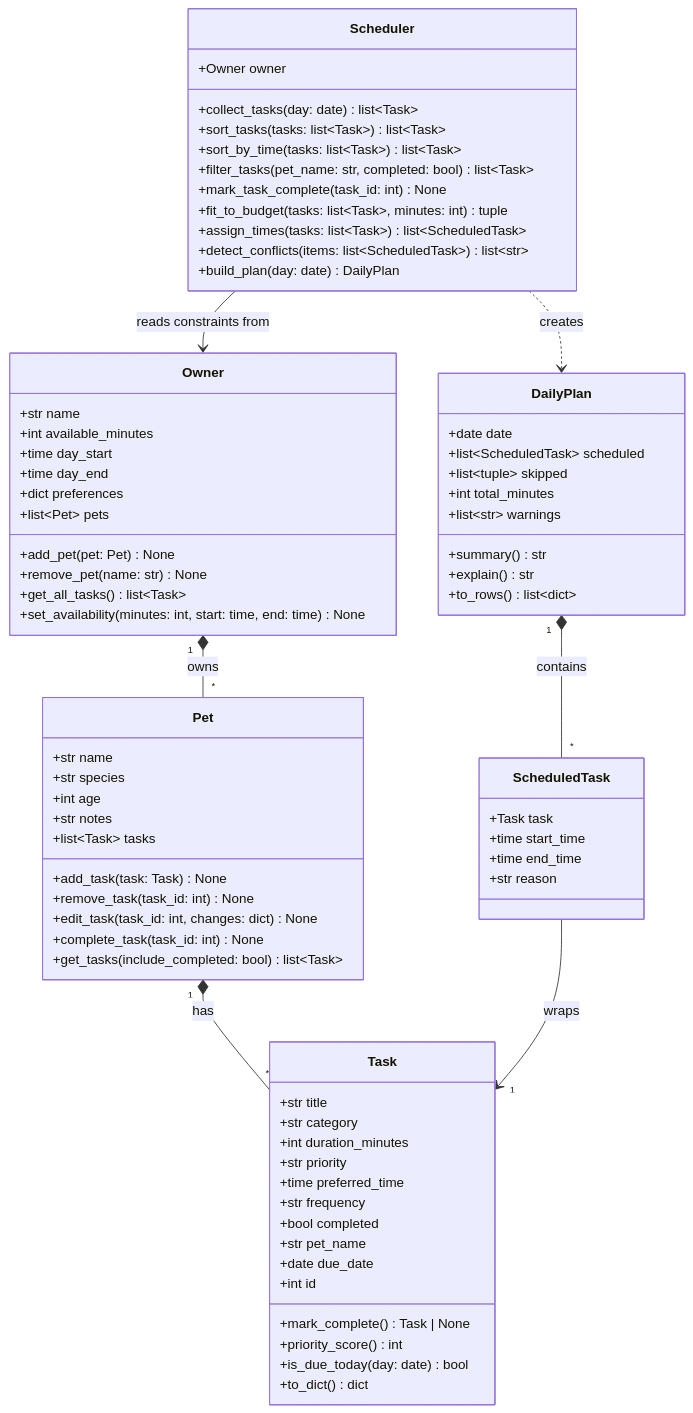
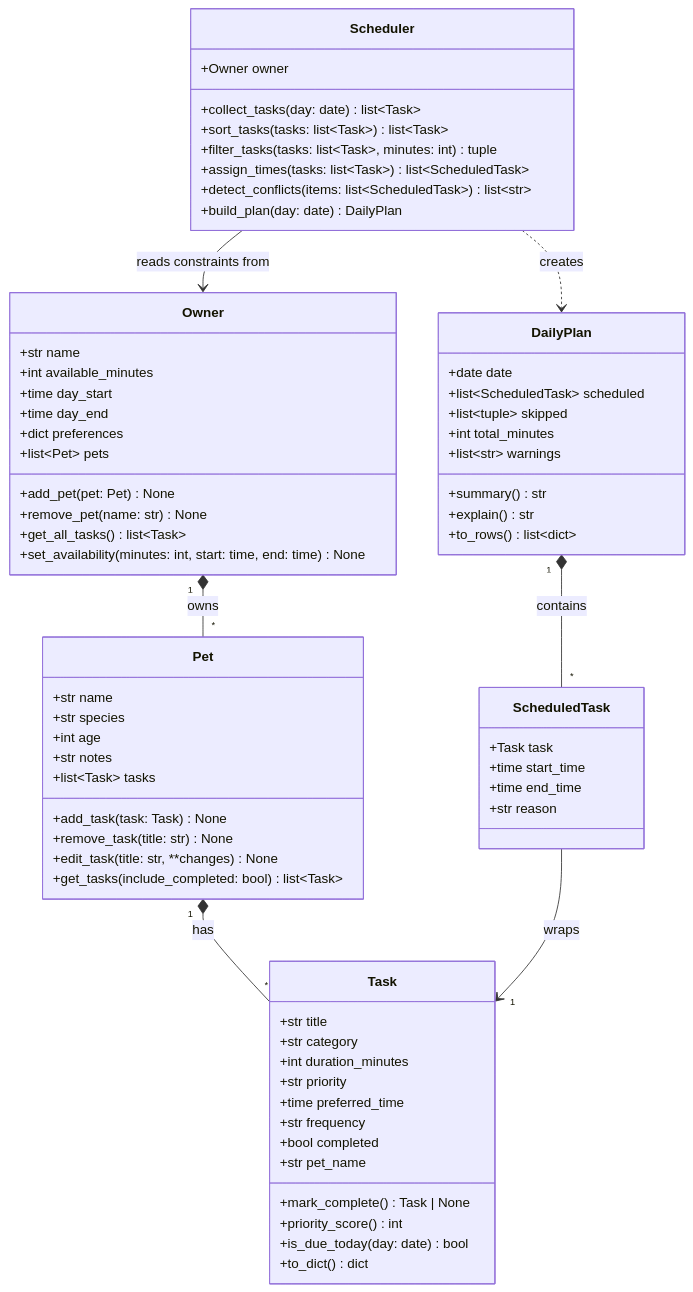
Before and after one commit to alexreifel/ai110-module2show-pawpal-starter: the diagram in diagrams/uml.mmd, drawn with Mermaid. The commit also changed 4 other files, not shown here.

```diff
--- a/diagrams/uml.mmd
+++ b/diagrams/uml.mmd
@@ -1,83 +1,77 @@
 classDiagram
     %% Keep this file updated so it matches your final implementation.
 
     class Owner {
         +str name
         +int available_minutes
         +time day_start
         +time day_end
         +dict preferences
         +list~Pet~ pets
         +add_pet(pet: Pet) None
         +remove_pet(name: str) None
         +get_all_tasks() list~Task~
         +set_availability(minutes: int, start: time, end: time) None
     }
 
     class Pet {
         +str name
         +str species
         +int age
         +str notes
         +list~Task~ tasks
         +add_task(task: Task) None
-        +remove_task(task_id: int) None
-        +edit_task(task_id: int, changes: dict) None
-        +complete_task(task_id: int) None
+        +remove_task(title: str) None
+        +edit_task(title: str, **changes) None
         +get_tasks(include_completed: bool) list~Task~
     }
 
     class Task {
         +str title
         +str category
         +int duration_minutes
         +str priority
         +time preferred_time
         +str frequency
         +bool completed
         +str pet_name
-        +date due_date
-        +int id
         +mark_complete() Task | None
         +priority_score() int
         +is_due_today(day: date) bool
         +to_dict() dict
     }
 
     class Scheduler {
         +Owner owner
         +collect_tasks(day: date) list~Task~
         +sort_tasks(tasks: list~Task~) list~Task~
-        +sort_by_time(tasks: list~Task~) list~Task~
-        +filter_tasks(pet_name: str, completed: bool) list~Task~
-        +mark_task_complete(task_id: int) None
-        +fit_to_budget(tasks: list~Task~, minutes: int) tuple
+        +filter_tasks(tasks: list~Task~, minutes: int) tuple
         +assign_times(tasks: list~Task~) list~ScheduledTask~
         +detect_conflicts(items: list~ScheduledTask~) list~str~
         +build_plan(day: date) DailyPlan
     }
 
     class ScheduledTask {
         +Task task
         +time start_time
         +time end_time
         +str reason
     }
 
     class DailyPlan {
         +date date
         +list~ScheduledTask~ scheduled
         +list~tuple~ skipped
         +int total_minutes
         +list~str~ warnings
         +summary() str
         +explain() str
         +to_rows() list~dict~
     }
 
     Owner "1" *-- "*" Pet : owns
     Pet "1" *-- "*" Task : has
     Scheduler --> Owner : reads constraints from
     Scheduler ..> DailyPlan : creates
     DailyPlan "1" *-- "*" ScheduledTask : contains
     ScheduledTask --> "1" Task : wraps
```
